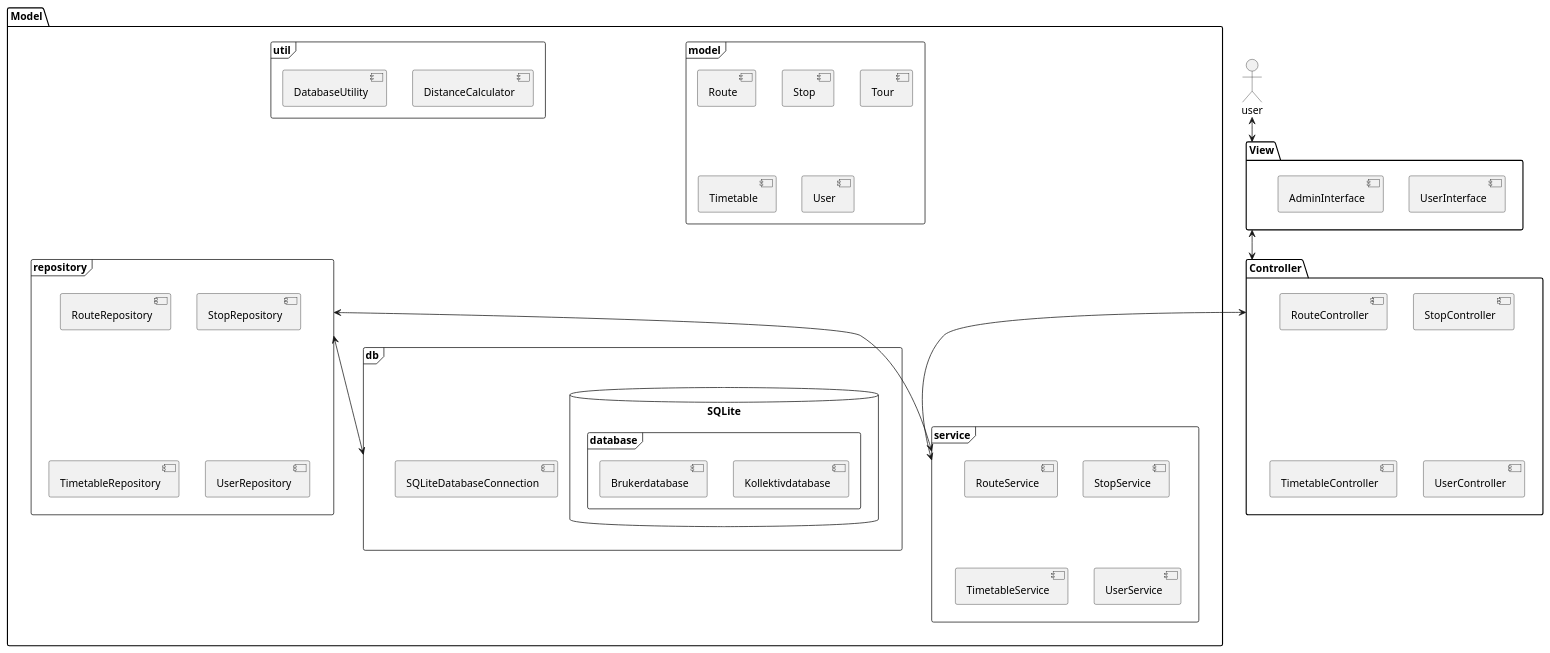
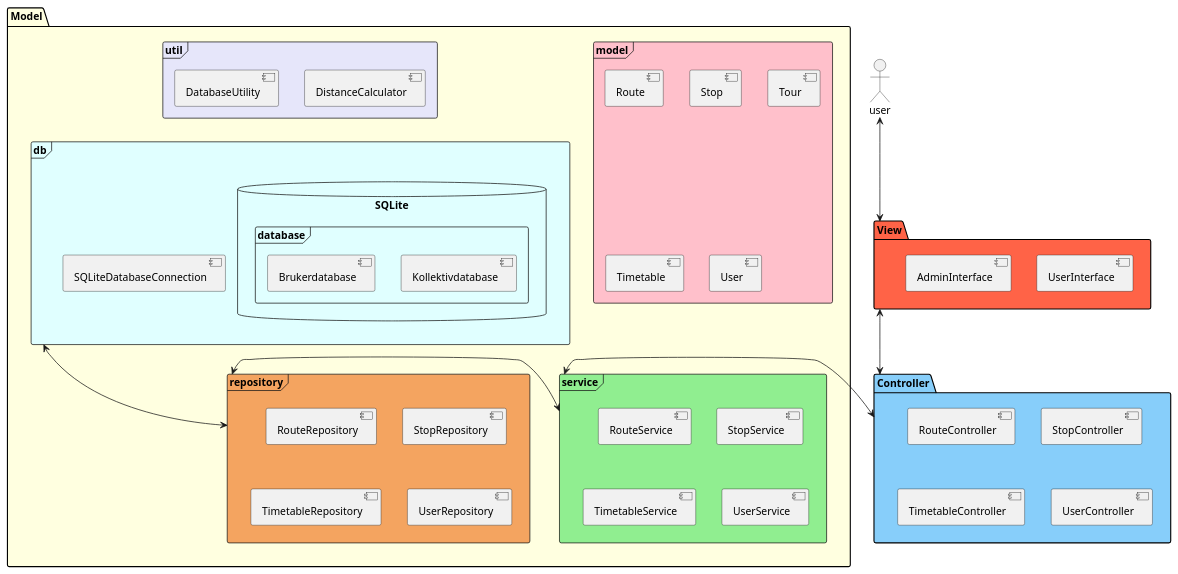
Before and after one commit to Wilbnil/SoftwareEngineering17---Kollektivtrafikk: the diagram in MainProject/diagram/Sprint4ComponentDiagram.puml, drawn with PlantUML.

Commit message:
On branch 54-class-diagram: - Changed order to make the components fit better (Arrows are still showing up in wierd places.). - Added colors, generally matching class diagram.

```diff
--- a/MainProject/diagram/Sprint4ComponentDiagram.puml
+++ b/MainProject/diagram/Sprint4ComponentDiagram.puml
@@ -1,59 +1,59 @@
 @startuml
 'https://plantuml.com/component-diagram
 
 actor user
-package "Model" {
-  frame "model" {
+package "Model" #LightYellow {
+  frame "model" #Pink {
     [Route]
     [Stop]
     [Tour]
     [Timetable]
     [User]
 
   }
-  frame "util" {
+  frame "util" #Lavender {
     [DistanceCalculator]
     [DatabaseUtility]
   }
-  frame "service" {
+  frame "service" #LightGreen {
     [RouteService]
     [StopService]
     [TimetableService]
     [UserService]
   }
-  frame "repository"{
+  frame "repository" #SandyBrown{
     [RouteRepository]
     [StopRepository]
     [TimetableRepository]
     [UserRepository]
   }
-  frame "db" {
+  frame "db" #LightCyan {
     [SQLiteDatabaseConnection]
     database "SQLite" {
        frame "database" {
          [Kollektivdatabase]
          [Brukerdatabase]
        }
      }
   }
 }
 
-package "Controller" {
+package "Controller" #LightSkyBlue {
   [RouteController]
   [StopController]
   [TimetableController]
   [UserController]
 }
 
-package "View" {
+package "View" #Tomato {
     [UserInterface]
     [AdminInterface]
 }
 [user] <--> [View]
 [View] <--> [Controller]
-[Controller] <--> [service]
-[repository] <--> [service]
-[repository] <--> [db]
+[Controller] <-left-> [service]
+[repository] <-right-> [service]
+[repository] <-up-> [db]
 
 
 @enduml
```
